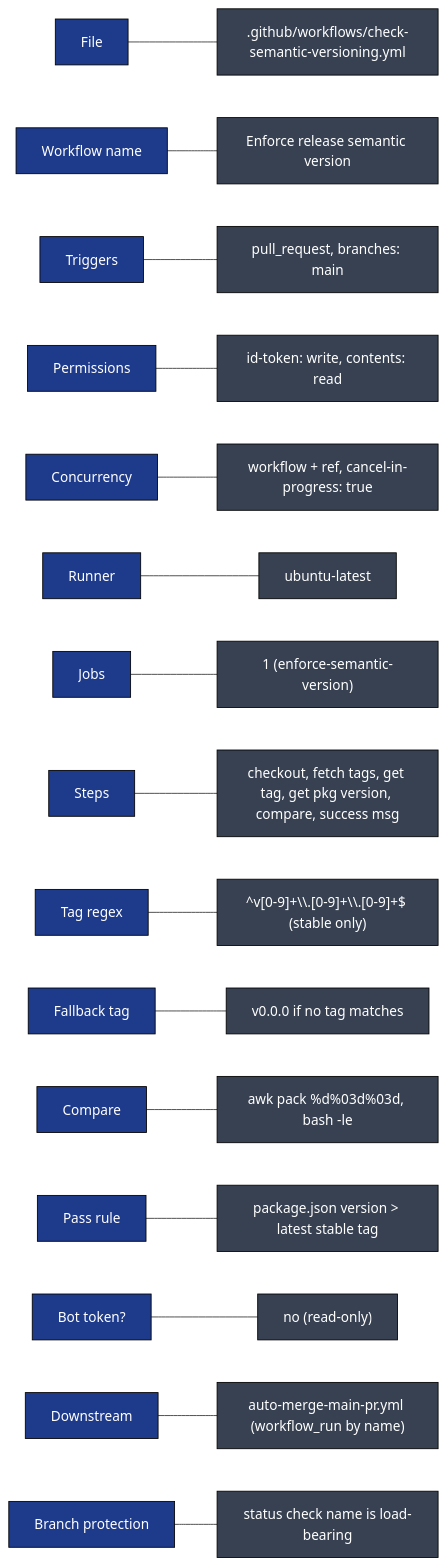
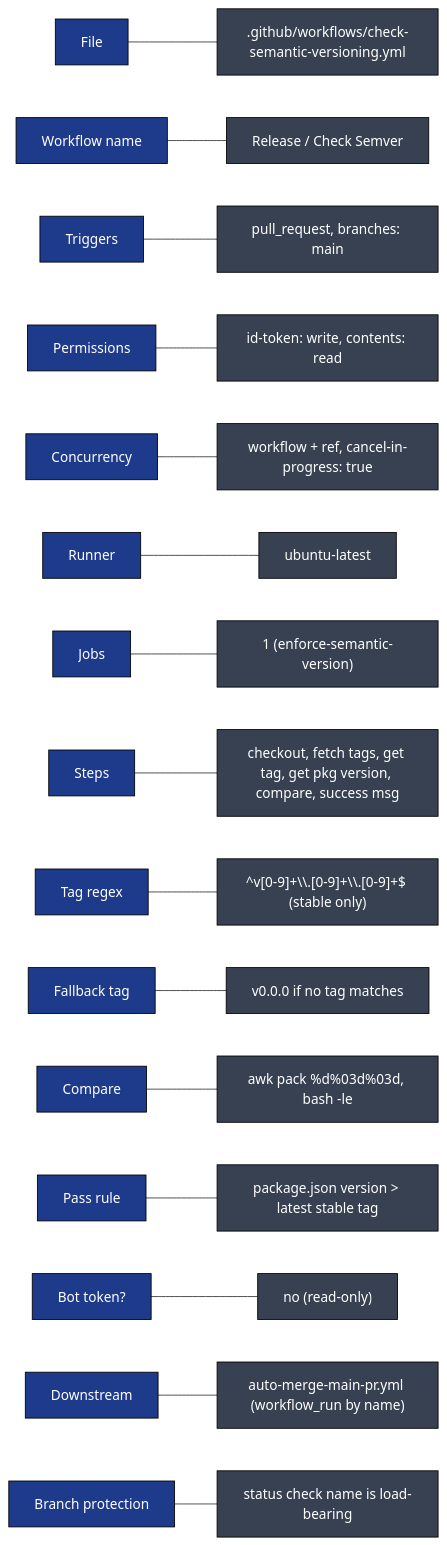
One commit to gregreindel/llm-exe changed the ninth of 9 diagrams in .github/docs/CHECK_SEMVER_DEEP_DIVE.md. Above: the diagram before and after it, drawn with Mermaid. The commit also changed other lines of this file and 5 other files, not shown here.

````diff
--- a/.github/docs/CHECK_SEMVER_DEEP_DIVE.md
+++ b/.github/docs/CHECK_SEMVER_DEEP_DIVE.md
@@ -354,21 +354,21 @@
 ```mermaid
 flowchart LR
     classDef k fill:#1e3a8a,color:#fff,stroke:#000
     classDef v fill:#374151,color:#fff,stroke:#000
 
     K1["File"]:::k --- V1[".github/workflows/check-semantic-versioning.yml"]:::v
-    K2["Workflow name"]:::k --- V2["Enforce release semantic version"]:::v
+    K2["Workflow name"]:::k --- V2["Release / Check Semver"]:::v
     K3["Triggers"]:::k --- V3["pull_request, branches: main"]:::v
     K4["Permissions"]:::k --- V4["id-token: write, contents: read"]:::v
     K5["Concurrency"]:::k --- V5["workflow + ref, cancel-in-progress: true"]:::v
     K6["Runner"]:::k --- V6["ubuntu-latest"]:::v
     K7["Jobs"]:::k --- V7["1 (enforce-semantic-version)"]:::v
     K8["Steps"]:::k --- V8["checkout, fetch tags, get tag, get pkg version, compare, success msg"]:::v
     K9["Tag regex"]:::k --- V9["^v[0-9]+\\.[0-9]+\\.[0-9]+$ (stable only)"]:::v
     K10["Fallback tag"]:::k --- V10["v0.0.0 if no tag matches"]:::v
     K11["Compare"]:::k --- V11["awk pack %d%03d%03d, bash -le"]:::v
     K12["Pass rule"]:::k --- V12["package.json version &gt; latest stable tag"]:::v
     K13["Bot token?"]:::k --- V13["no (read-only)"]:::v
     K14["Downstream"]:::k --- V14["auto-merge-main-pr.yml (workflow_run by name)"]:::v
     K15["Branch protection"]:::k --- V15["status check name is load-bearing"]:::v
 ```
````
